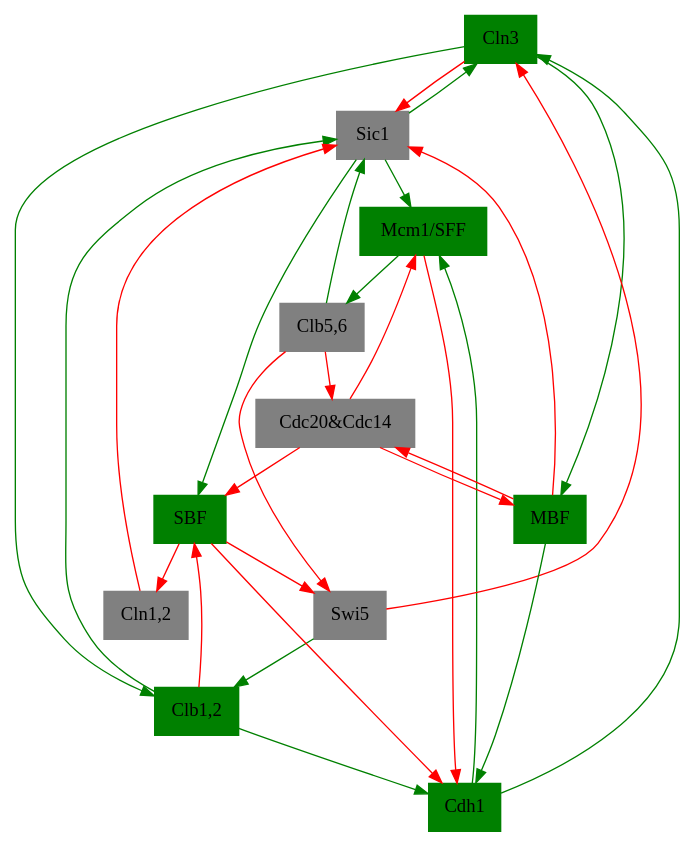
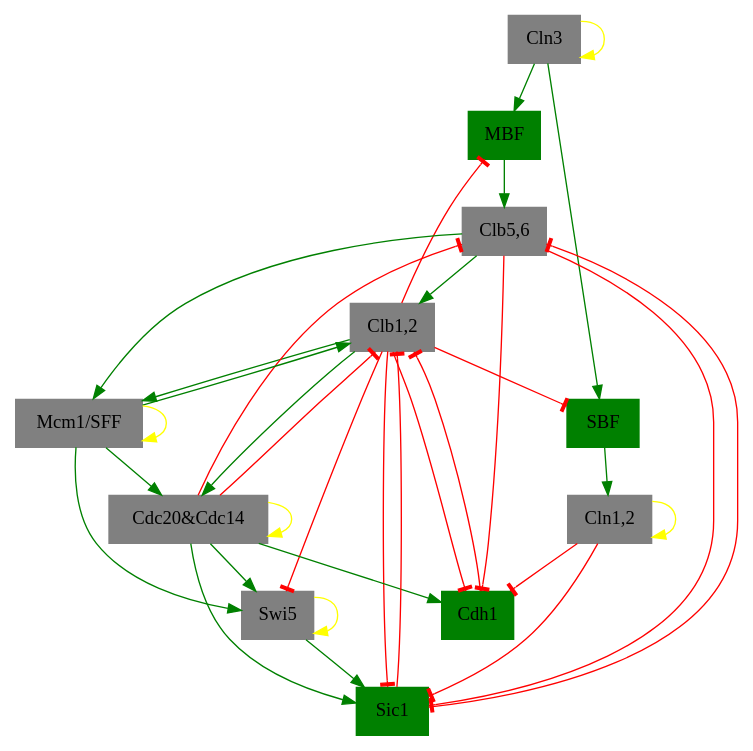
The diagram in temporal/2.gv (ellaqezi/cellCycle), drawn with Graphviz before and after one commit. The commit also changed 31 other files, not shown here.

```diff
--- a/temporal/2.gv
+++ b/temporal/2.gv
@@ -1,59 +1,70 @@
-digraph 11101000011  {
-"Cln3" [shape=box, color=green, style=filled];
-	edge [color=green]; 
-	"Cdh1" -> "Cln3";
-	"Sic1" -> "Cln3";
-	edge [color=red]; 
-	"Swi5" -> "Cln3";
+digraph "01101000100"  {
+"Cln3" [shape=box, color=gray, style=filled];
+	edge [color=yellow, arrowhead=normal]; 
+	"Cln3" -> "Cln3";
 "MBF" [shape=box, color=green, style=filled];
-	edge [color=green]; 
+	edge [color=green, arrowhead=normal]; 
 	"Cln3" -> "MBF";
-	edge [color=red]; 
-	"Cdc20&Cdc14" -> "MBF";
+	edge [color=red, arrowhead=tee]; 
+	"Clb1,2" -> "MBF";
 "SBF" [shape=box, color=green, style=filled];
-	edge [color=green]; 
-	"Sic1" -> "SBF";
-	edge [color=red]; 
-	"Cdc20&Cdc14" -> "SBF";
+	edge [color=green, arrowhead=normal]; 
+	"Cln3" -> "SBF";
+	edge [color=red, arrowhead=tee]; 
 	"Clb1,2" -> "SBF";
 "Cln1,2" [shape=box, color=gray, style=filled];
-	edge [color=red]; 
+	edge [color=yellow, arrowhead=normal]; 
+	"Cln1,2" -> "Cln1,2";
+	edge [color=green, arrowhead=normal]; 
 	"SBF" -> "Cln1,2";
 "Cdh1" [shape=box, color=green, style=filled];
-	edge [color=green]; 
+	edge [color=green, arrowhead=normal]; 
+	"Cdc20&Cdc14" -> "Cdh1";
+	edge [color=red, arrowhead=tee]; 
 	"Clb1,2" -> "Cdh1";
-	"MBF" -> "Cdh1";
-	edge [color=red]; 
-	"Mcm1/SFF" -> "Cdh1";
-	"SBF" -> "Cdh1";
+	"Clb5,6" -> "Cdh1";
+	"Cln1,2" -> "Cdh1";
 "Swi5" [shape=box, color=gray, style=filled];
-	edge [color=red]; 
-	"Clb5,6" -> "Swi5";
-	"SBF" -> "Swi5";
+	edge [color=yellow, arrowhead=normal]; 
+	"Swi5" -> "Swi5";
+	edge [color=green, arrowhead=normal]; 
+	"Cdc20&Cdc14" -> "Swi5";
+	"Mcm1/SFF" -> "Swi5";
+	edge [color=red, arrowhead=tee]; 
+	"Clb1,2" -> "Swi5";
 "Cdc20&Cdc14" [shape=box, color=gray, style=filled];
-	edge [color=red]; 
-	"Clb5,6" -> "Cdc20&Cdc14";
-	"MBF" -> "Cdc20&Cdc14";
+	edge [color=yellow, arrowhead=normal]; 
+	"Cdc20&Cdc14" -> "Cdc20&Cdc14";
+	edge [color=green, arrowhead=normal]; 
+	"Clb1,2" -> "Cdc20&Cdc14";
+	"Mcm1/SFF" -> "Cdc20&Cdc14";
 "Clb5,6" [shape=box, color=gray, style=filled];
-	edge [color=green]; 
-	"Mcm1/SFF" -> "Clb5,6";
-"Sic1" [shape=box, color=gray, style=filled];
-	edge [color=green]; 
+	edge [color=green, arrowhead=normal]; 
+	"MBF" -> "Clb5,6";
+	edge [color=red, arrowhead=tee]; 
+	"Cdc20&Cdc14" -> "Clb5,6";
+	"Sic1" -> "Clb5,6";
+"Sic1" [shape=box, color=green, style=filled];
+	edge [color=green, arrowhead=normal]; 
+	"Cdc20&Cdc14" -> "Sic1";
+	"Swi5" -> "Sic1";
+	edge [color=red, arrowhead=tee]; 
 	"Clb1,2" -> "Sic1";
 	"Clb5,6" -> "Sic1";
-	edge [color=red]; 
 	"Cln1,2" -> "Sic1";
-	"Cln3" -> "Sic1";
-	"MBF" -> "Sic1";
-"Clb1,2" [shape=box, color=green, style=filled];
-	edge [color=green]; 
-	"Cln3" -> "Clb1,2";
-	"Swi5" -> "Clb1,2";
-"Mcm1/SFF" [shape=box, color=green, style=filled];
-	edge [color=green]; 
-	"Cdh1" -> "Mcm1/SFF";
-	"Sic1" -> "Mcm1/SFF";
-	edge [color=red]; 
-	"Cdc20&Cdc14" -> "Mcm1/SFF";
+"Clb1,2" [shape=box, color=gray, style=filled];
+	edge [color=green, arrowhead=normal]; 
+	"Clb5,6" -> "Clb1,2";
+	"Mcm1/SFF" -> "Clb1,2";
+	edge [color=red, arrowhead=tee]; 
+	"Cdc20&Cdc14" -> "Clb1,2";
+	"Cdh1" -> "Clb1,2";
+	"Sic1" -> "Clb1,2";
+"Mcm1/SFF" [shape=box, color=gray, style=filled];
+	edge [color=yellow, arrowhead=normal]; 
+	"Mcm1/SFF" -> "Mcm1/SFF";
+	edge [color=green, arrowhead=normal]; 
+	"Clb1,2" -> "Mcm1/SFF";
+	"Clb5,6" -> "Mcm1/SFF";
 
 }
```
